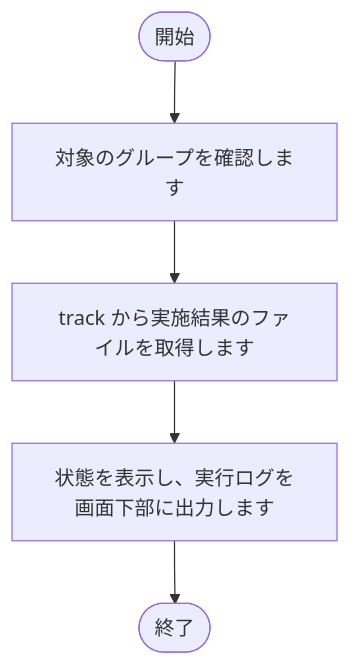
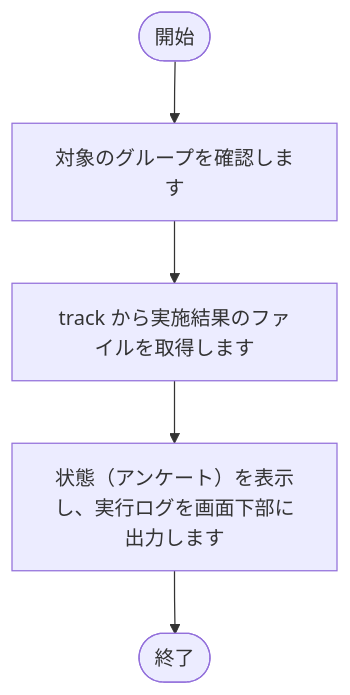
One commit to nishida2073/project_management changed the third of 28 diagrams in tool/track-aggregator/doc/02_設計/処理フロー.md. Above: the diagram before and after it, drawn with Mermaid. The commit also changed other lines of this file and 19 other files, not shown here.

````diff
--- a/tool/track-aggregator/doc/02_設計/処理フロー.md
+++ b/tool/track-aggregator/doc/02_設計/処理フロー.md
@@ -91,12 +93,12 @@
 ```mermaid
 flowchart TD
     S(["開始"])
     E(["終了"])
     N1["対象のグループを確認します"]
     S --> N1
     N2["track から実施結果のファイルを取得します"]
     N1 --> N2
-    N3["状態を表示し、実行ログを画面下部に出力します"]
+    N3["状態（アンケート）を表示し、実行ログを画面下部に出力します"]
     N2 --> N3
     N3 --> E
 ```
````
